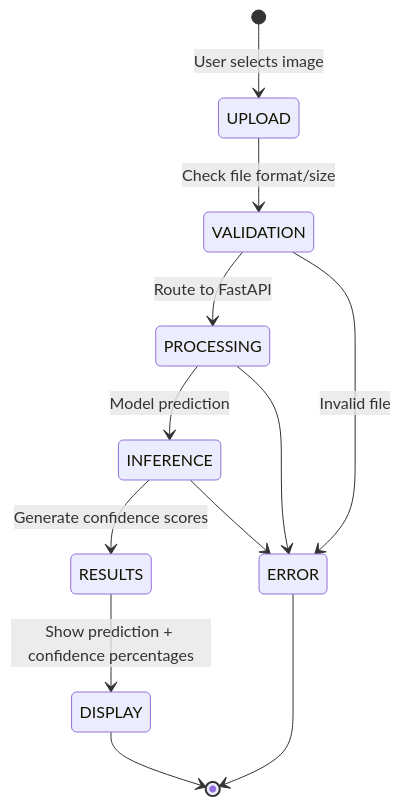
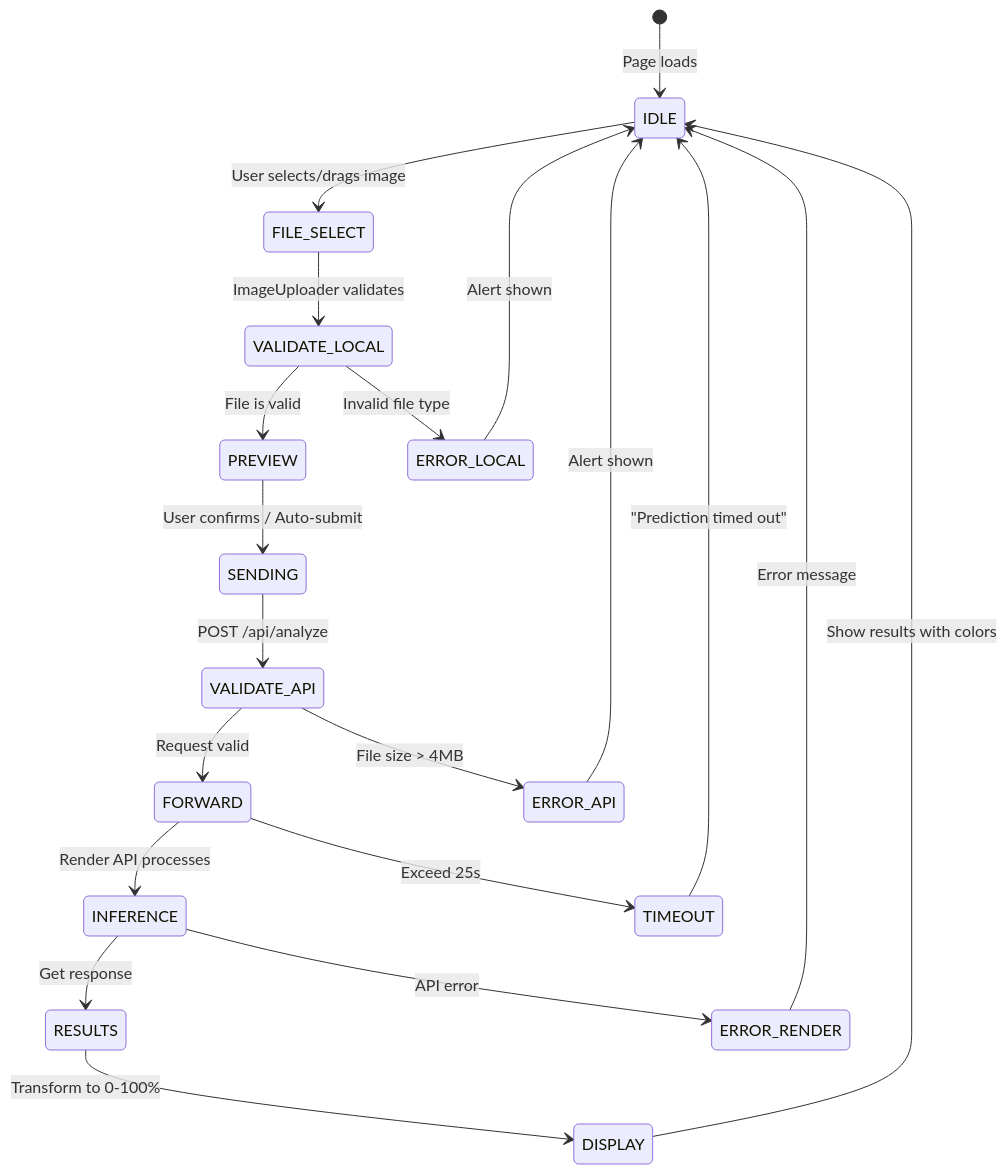
Before and after one commit to itssmdsh/MediScan: the second of 2 diagrams in DOCUMENTATION.md, drawn with Mermaid. The commit also changed other lines of this file, not shown here.

````diff
--- a/DOCUMENTATION.md
+++ b/DOCUMENTATION.md
@@ -56,14 +211,24 @@
 ```mermaid
 stateDiagram-v2
-    [*] --> UPLOAD: User selects image
-    UPLOAD --> VALIDATION: Check file format/size
-    VALIDATION --> PROCESSING: Route to FastAPI
-    PROCESSING --> INFERENCE: Model prediction
-    INFERENCE --> RESULTS: Generate confidence scores
-    RESULTS --> DISPLAY: Show prediction + confidence percentages
-    DISPLAY --> [*]
-    VALIDATION --> ERROR: Invalid file
-    ERROR --> [*]
-    PROCESSING --> ERROR
-    INFERENCE --> ERROR
+    [*] --> IDLE: Page loads
+    IDLE --> FILE_SELECT: User selects/drags image
+    FILE_SELECT --> VALIDATE_LOCAL: ImageUploader validates
+    VALIDATE_LOCAL --> PREVIEW: File is valid
+    PREVIEW --> SENDING: User confirms / Auto-submit
+    SENDING --> VALIDATE_API: POST /api/analyze
+    VALIDATE_API --> FORWARD: Request valid
+    FORWARD --> INFERENCE: Render API processes
+    INFERENCE --> RESULTS: Get response
+    RESULTS --> DISPLAY: Transform to 0-100%
+    DISPLAY --> IDLE: Show results with colors
+    
+    VALIDATE_LOCAL --> ERROR_LOCAL: Invalid file type
+    VALIDATE_API --> ERROR_API: File size > 4MB
+    FORWARD --> TIMEOUT: Exceed 25s
+    INFERENCE --> ERROR_RENDER: API error
+    
+    ERROR_LOCAL --> IDLE: Alert shown
+    ERROR_API --> IDLE: Alert shown
+    TIMEOUT --> IDLE: "Prediction timed out"
+    ERROR_RENDER --> IDLE: Error message
 ```
````
